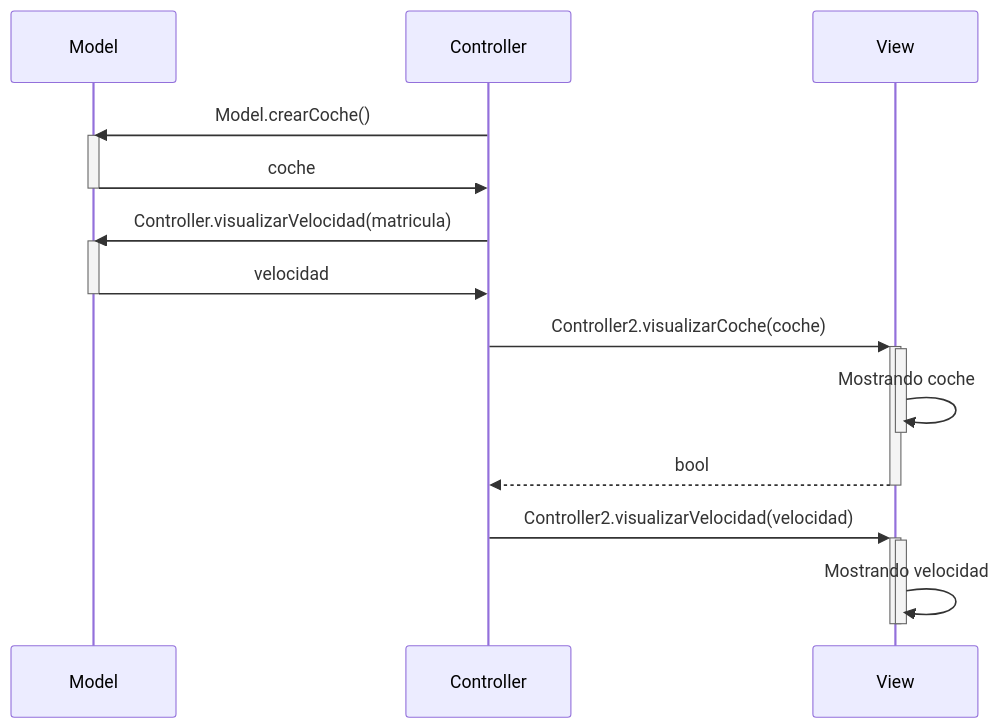
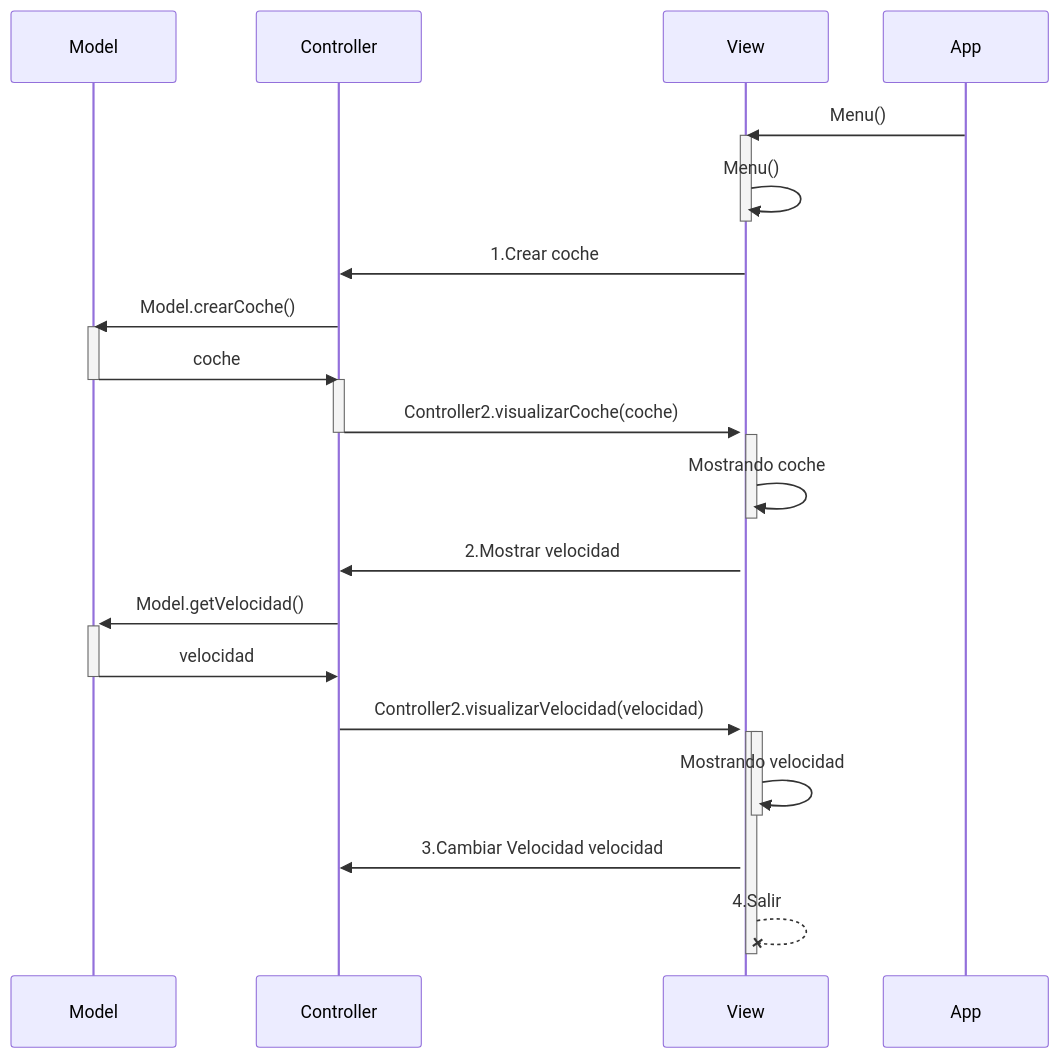
One commit to Dimitri2004/Diagrama_Secuencia_COD changed the diagram in Readme.md. Above: the diagram before and after it, drawn with Mermaid.

Commit message:
MVC-Con diagrama de secuencia 1.1

````diff
--- a/Readme.md
+++ b/Readme.md
@@ -1,26 +1,41 @@
 ```mermaid
 sequenceDiagram 
     participant Model
     participant Controller
     participant View
 
+
+    App->>View: Menu()
+    activate View
+    View->>-View:Menu()
+    View->>Controller:1.Crear coche
+
     Controller->>Model: Model.crearCoche()
     activate Model
     Model->>Controller: coche
     deactivate Model
-    Controller->>Model: Controller.visualizarVelocidad(matricula)
-    activate Model
-    Model->>Controller: velocidad
+    activate Controller
+    Controller->>+View: Controller2.visualizarCoche(coche)
+    deactivate Controller
+    activate View
+    View->>View:Mostrando coche
+ 
+    
+    deactivate View
+    View->>Controller:2.Mostrar velocidad
+    Controller->>+Model: Model.getVelocidad()
+    Model->>Controller:velocidad
     deactivate Model
-    Controller->>+View: Controller2.visualizarCoche(coche)
-    activate View
-    View->>-View:Mostrando coche
-    View-->>Controller: bool
-    deactivate View
     Controller->>+View: Controller2.visualizarVelocidad(velocidad)
     activate View
     View->>-View: Mostrando velocidad
+    View->>Controller:3.Cambiar Velocidad velocidad
+    View--xView:4.Salir
     deactivate View
     
 
+    
+    
+    
+
 ```
````
